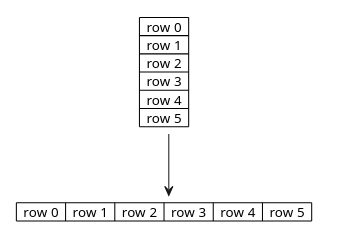
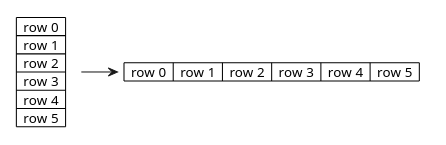
One commit to Arkanthara/parallelism changed the first of 7 diagrams in heastSeq/rapport.md. Above: the diagram before and after it, drawn with PlantUML. The commit also changed other lines of this file and 58 other files, not shown here.

````diff
--- a/heastSeq/rapport.md
+++ b/heastSeq/rapport.md
@@ -55,26 +56,26 @@
 ```plantuml
 @startuml
 
 <style>
 note {
     backgroundcolor white
     shadowing 0
     linecolor transparent
 }
 </style>
 note as grid
     |  row 0  |
     |  row 1  |
     |  row 2  |
     |  row 3  |
     |  row 4  |
     |  row 5  |
 end note
 
 note as gridline
     |  row 0  |  row 1  |  row 2  |  row 3  |  row 4  |  row 5  |
 end note
 
-grid --> gridline
+grid -> gridline
 @enduml
 ```
````
